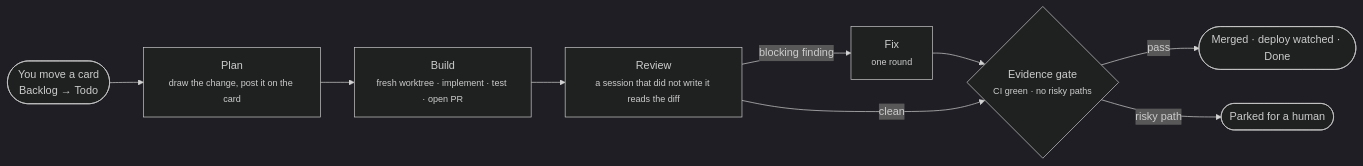
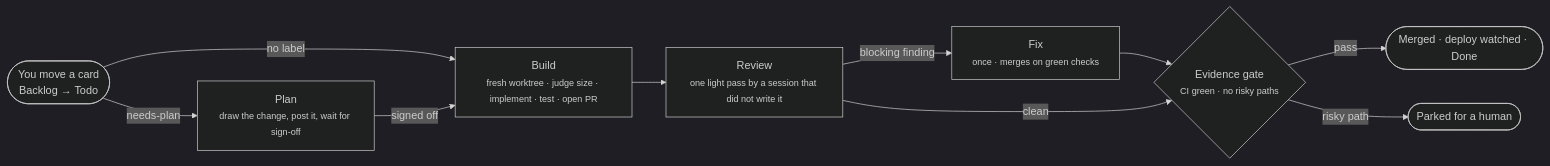
Before and after one commit to praveenVnktsh/foreman: the first of 2 diagrams in README.md, drawn with Mermaid (dark theme). The commit also changed other lines of this file and 48 other files, not shown here.

````diff
--- a/README.md
+++ b/README.md
@@ -32,10 +32,11 @@
 ```mermaid
 flowchart LR
-  You(["You move a card<br/>Backlog → Todo"]) --> Plan["Plan<br/><small>draw the change, post it on the card</small>"]
-  Plan --> Build["Build<br/><small>fresh worktree · implement · test · open PR</small>"]
-  Build --> Review["Review<br/><small>a session that did not write it reads the diff</small>"]
-  Review -->|blocking finding| Fix["Fix<br/><small>one round</small>"] --> Gate
+  You(["You move a card<br/>Backlog → Todo"]) -->|needs-plan| Plan["Plan<br/><small>draw the change, post it, wait for sign-off</small>"]
+  You -->|no label| Build
+  Plan -->|signed off| Build["Build<br/><small>fresh worktree · judge size · implement · test · open PR</small>"]
+  Build --> Review["Review<br/><small>one light pass by a session that did not write it</small>"]
+  Review -->|blocking finding| Fix["Fix<br/><small>once · merges on green checks</small>"] --> Gate
   Review -->|clean| Gate{"Evidence gate<br/><small>CI green · no risky paths</small>"}
   Gate -->|pass| Merge(["Merged · deploy watched · Done"])
   Gate -->|risky path| Human(["Parked for a human"])
 ```
````
